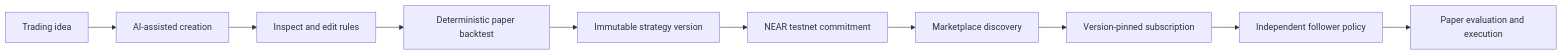
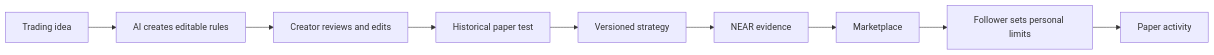
Before and after one commit to Kunmiesther/quorumark: the first of 2 diagrams in README.md, drawn with Mermaid. The commit also changed other lines of this file, not shown here.

````diff
--- a/README.md
+++ b/README.md
@@ -20,12 +49,11 @@
 ```mermaid
 flowchart LR
-  A[Trading idea] --> B[AI-assisted creation]
-  B --> C[Inspect and edit rules]
-  C --> D[Deterministic paper backtest]
-  D --> E[Immutable strategy version]
-  E --> F[NEAR testnet commitment]
-  F --> G[Marketplace discovery]
-  G --> H[Version-pinned subscription]
-  H --> I[Independent follower policy]
-  I --> J[Paper evaluation and execution]
+  A[Trading idea] --> B[AI creates editable rules]
+  B --> C[Creator reviews and edits]
+  C --> D[Historical paper test]
+  D --> E[Versioned strategy]
+  E --> F[NEAR evidence]
+  F --> G[Marketplace]
+  G --> H[Follower sets personal limits]
+  H --> I[Paper activity]
 ```
````
